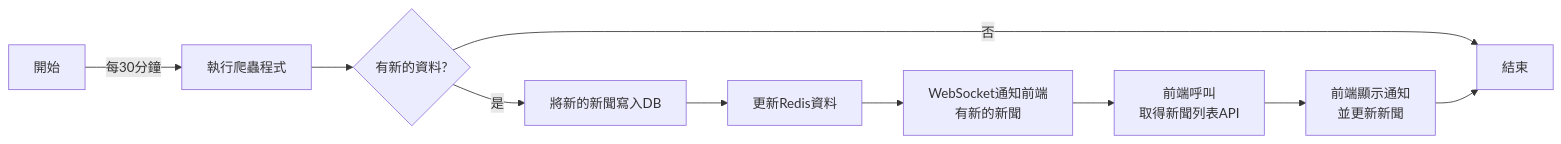
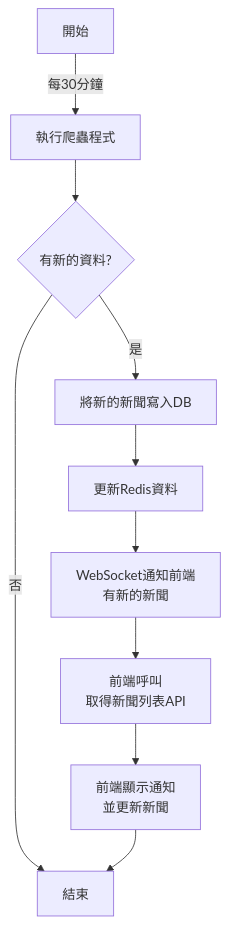
One commit to tingwei741852/nba_news_crawler changed the second of 2 diagrams in README.md. Above: the diagram before and after it, drawn with Mermaid.

````diff
--- a/README.md
+++ b/README.md
@@ -46,12 +46,12 @@
 ```mermaid
-graph LR
+graph TD
     A[開始] -->|每30分鐘| B[執行爬蟲程式]
     B --> C{有新的資料?}
     C -->|是| D[將新的新聞寫入DB]
     D --> E[更新Redis資料]
     E --> F[WebSocket通知前端<br>有新的新聞]
     F --> G[前端呼叫<br>取得新聞列表API]
     G --> H[前端顯示通知<br>並更新新聞]
     C -->|否| I[結束]
     H --> I[結束]
 ```
````
